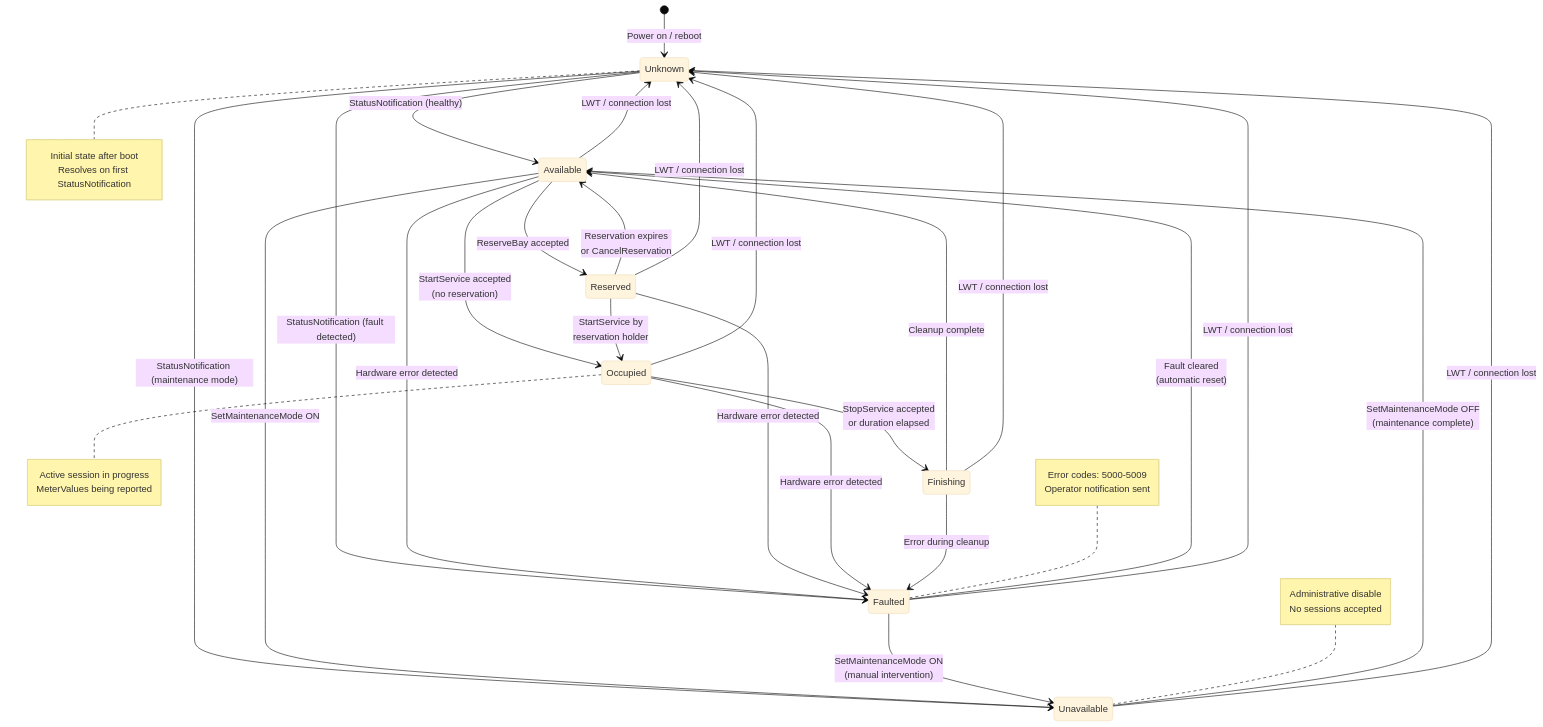
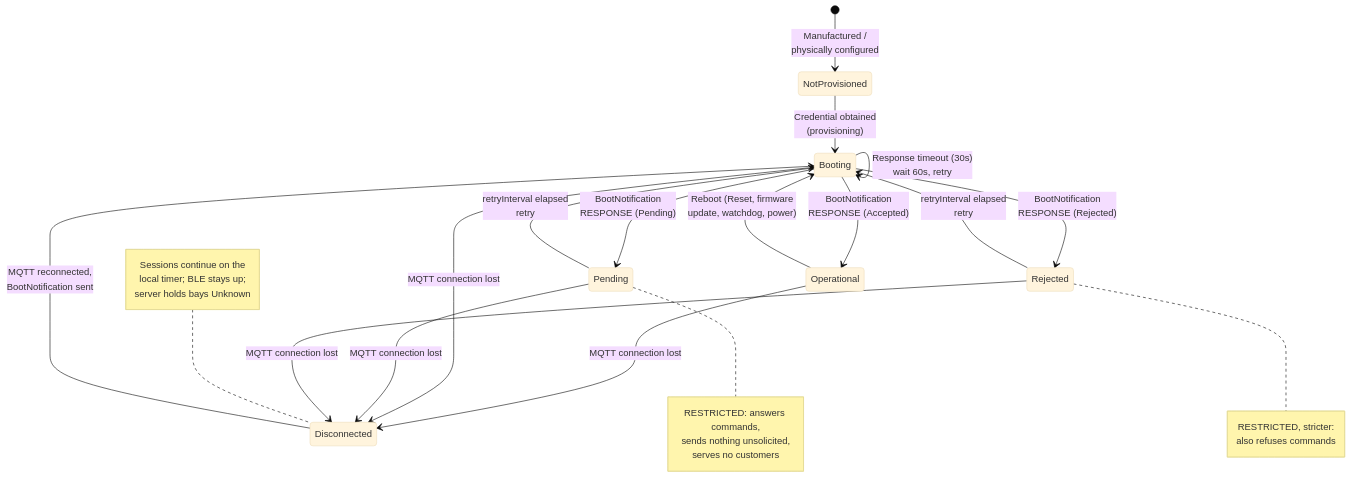
The diagram in diagrams/state-machine-station.mmd (ospp-org/spec), drawn with Mermaid (base theme) before and after one commit. The commit also changed 25 other files, not shown here.

```diff
--- a/diagrams/state-machine-station.mmd
+++ b/diagrams/state-machine-station.mmd
@@ -1,58 +1,43 @@
-%% OSPP Bay State Machine
+%% OSPP Station State Machine
 %% Reference: spec/05-state-machines.md, Section 1
-%% Each bay on a station MUST be in exactly one of these 7 states
+%% A station MUST be in exactly one of these 6 states at all times.
+%% Pending and Rejected are RESTRICTED states -- see Section 1.4.
 
 stateDiagram-v2
-    [*] --> Unknown : Power on / reboot
+    [*] --> NotProvisioned : Manufactured /<br/>physically configured
 
-    Unknown --> Available : StatusNotification (healthy)
-    Unknown --> Faulted : StatusNotification (fault detected)
-    Unknown --> Unavailable : StatusNotification (maintenance mode)
+    NotProvisioned --> Booting : Credential obtained<br/>(provisioning)
 
-    Available --> Reserved : ReserveBay accepted
-    Available --> Occupied : StartService accepted<br/>(no reservation)
-    Available --> Faulted : Hardware error detected
-    Available --> Unavailable : SetMaintenanceMode ON
+    Booting --> Operational : BootNotification<br/>RESPONSE (Accepted)
+    Booting --> Pending : BootNotification<br/>RESPONSE (Pending)
+    Booting --> Rejected : BootNotification<br/>RESPONSE (Rejected)
+    Booting --> Booting : Response timeout (30s)<br/>wait 60s, retry
 
-    Reserved --> Occupied : StartService by<br/>reservation holder
-    Reserved --> Available : Reservation expires<br/>or CancelReservation
-    Reserved --> Faulted : Hardware error detected
+    Pending --> Booting : retryInterval elapsed<br/>retry
+    Rejected --> Booting : retryInterval elapsed<br/>retry
 
-    Occupied --> Finishing : StopService accepted<br/>or duration elapsed
-    Occupied --> Faulted : Hardware error detected
+    Operational --> Disconnected : MQTT connection lost
+    Booting --> Disconnected : MQTT connection lost
+    Pending --> Disconnected : MQTT connection lost
+    Rejected --> Disconnected : MQTT connection lost
 
-    Finishing --> Available : Cleanup complete
-    Finishing --> Faulted : Error during cleanup
+    Disconnected --> Booting : MQTT reconnected,<br/>BootNotification sent
 
-    Faulted --> Available : Fault cleared<br/>(automatic reset)
-    Faulted --> Unavailable : SetMaintenanceMode ON<br/>(manual intervention)
+    Operational --> Booting : Reboot (Reset, firmware<br/>update, watchdog, power)
 
-    Unavailable --> Available : SetMaintenanceMode OFF<br/>(maintenance complete)
-
-    %% Connection lost transitions (any → Unknown)
-    Available --> Unknown : LWT / connection lost
-    Reserved --> Unknown : LWT / connection lost
-    Occupied --> Unknown : LWT / connection lost
-    Finishing --> Unknown : LWT / connection lost
-    Faulted --> Unknown : LWT / connection lost
-    Unavailable --> Unknown : LWT / connection lost
-
-    note right of Unknown
-        Initial state after boot
-        Resolves on first StatusNotification
+    note right of Pending
+        RESTRICTED: answers commands,
+        sends nothing unsolicited,
+        serves no customers
     end note
 
-    note right of Occupied
-        Active session in progress
-        MeterValues being reported
+    note right of Rejected
+        RESTRICTED, stricter:
+        also refuses commands
     end note
 
-    note left of Faulted
-        Error codes: 5000-5009
-        Operator notification sent
+    note left of Disconnected
+        Sessions continue on the
+        local timer; BLE stays up;
+        server holds bays Unknown
     end note
-
-    note left of Unavailable
-        Administrative disable
-        No sessions accepted
-    end note
```
